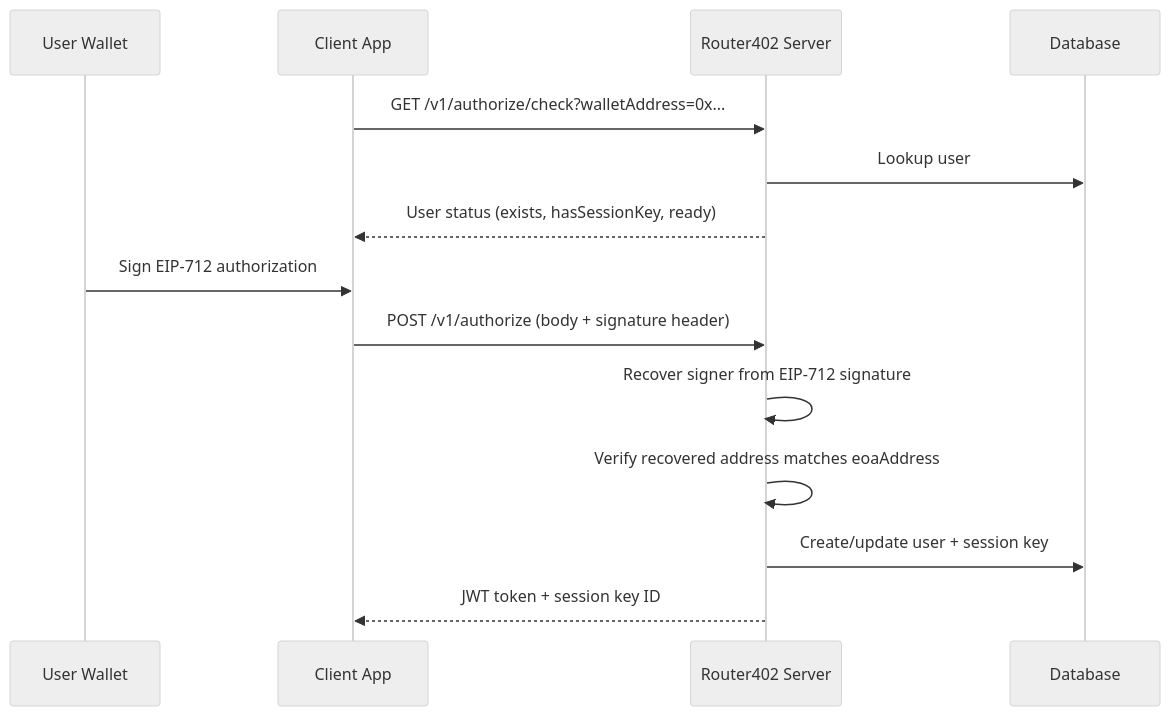
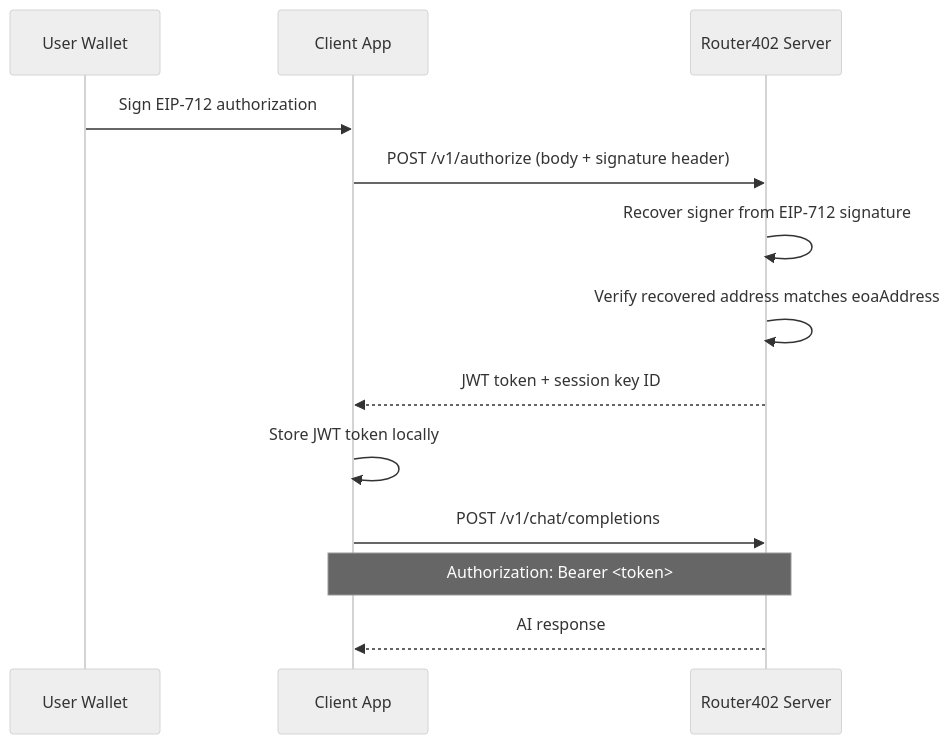
Before and after one commit to itublockchain/hackmoney-router402: the diagram in docs/api-reference/authentication.md, drawn with Mermaid (neutral theme). The commit also changed other lines of this file and 4 other files, not shown here.

````diff
--- a/docs/api-reference/authentication.md
+++ b/docs/api-reference/authentication.md
@@ -7,18 +7,18 @@
 ```mermaid
 sequenceDiagram
     participant User as User Wallet
     participant Client as Client App
     participant Server as Router402 Server
-    participant DB as Database
-
-    Client->>Server: GET /v1/authorize/check?walletAddress=0x...
-    Server->>DB: Lookup user
-    Server-->>Client: User status (exists, hasSessionKey, ready)
 
     User->>Client: Sign EIP-712 authorization
     Client->>Server: POST /v1/authorize (body + signature header)
     Server->>Server: Recover signer from EIP-712 signature
     Server->>Server: Verify recovered address matches eoaAddress
-    Server->>DB: Create/update user + session key
     Server-->>Client: JWT token + session key ID
+
+    Client->>Client: Store JWT token locally
+
+    Client->>Server: POST /v1/chat/completions
+    Note over Client,Server: Authorization: Bearer <token>
+    Server-->>Client: AI response
 ```
````
